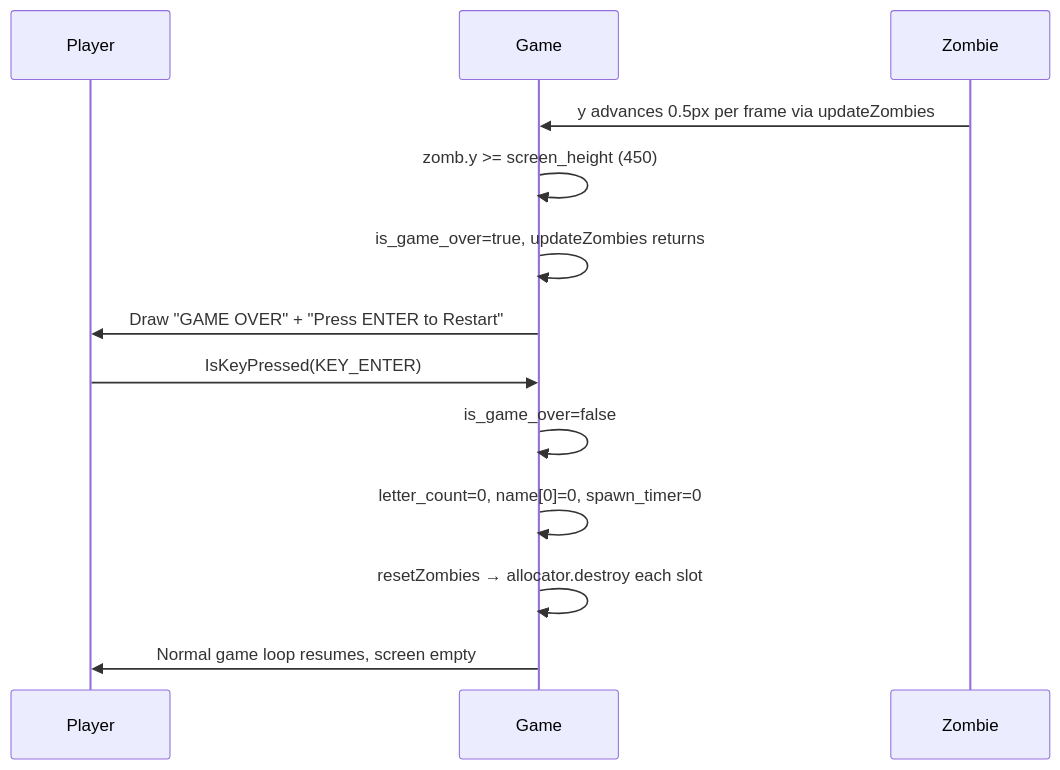
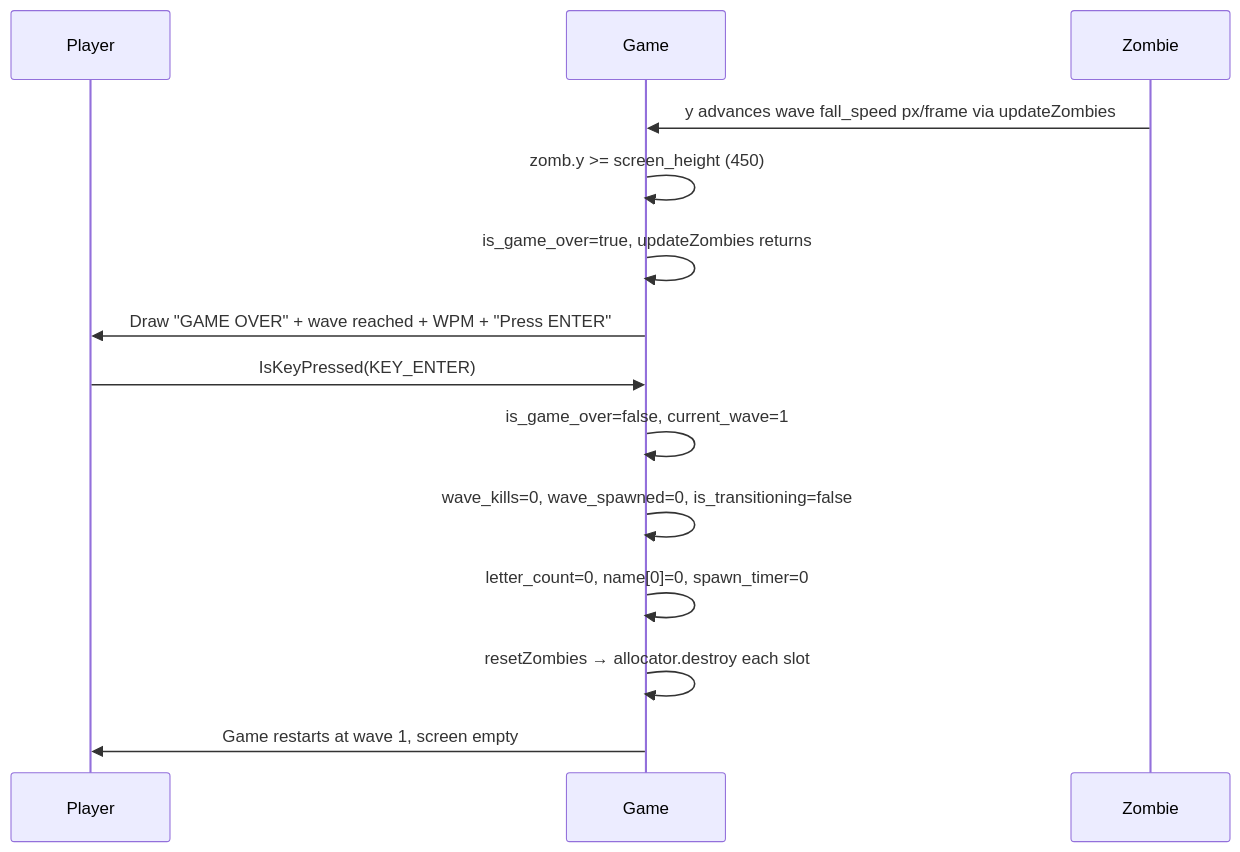
One commit to bfernandez31/death-note changed the third of 9 diagrams in specs/specifications/features.md. Above: the diagram before and after it, drawn with Mermaid. The commit also changed other lines of this file and 4 other files, not shown here.

````diff
--- a/specs/specifications/features.md
+++ b/specs/specifications/features.md
@@ -338,16 +421,17 @@
 ```mermaid
 sequenceDiagram
     participant Player
     participant Game
     participant Zombie
 
-    Zombie->>Game: y advances 0.5px per frame via updateZombies
+    Zombie->>Game: y advances wave fall_speed px/frame via updateZombies
     Game->>Game: zomb.y >= screen_height (450)
     Game->>Game: is_game_over=true, updateZombies returns
-    Game->>Player: Draw "GAME OVER" + "Press ENTER to Restart"
+    Game->>Player: Draw "GAME OVER" + wave reached + WPM + "Press ENTER"
     Player->>Game: IsKeyPressed(KEY_ENTER)
-    Game->>Game: is_game_over=false
+    Game->>Game: is_game_over=false, current_wave=1
+    Game->>Game: wave_kills=0, wave_spawned=0, is_transitioning=false
     Game->>Game: letter_count=0, name[0]=0, spawn_timer=0
     Game->>Game: resetZombies → allocator.destroy each slot
-    Game->>Player: Normal game loop resumes, screen empty
+    Game->>Player: Game restarts at wave 1, screen empty
 ```
````
